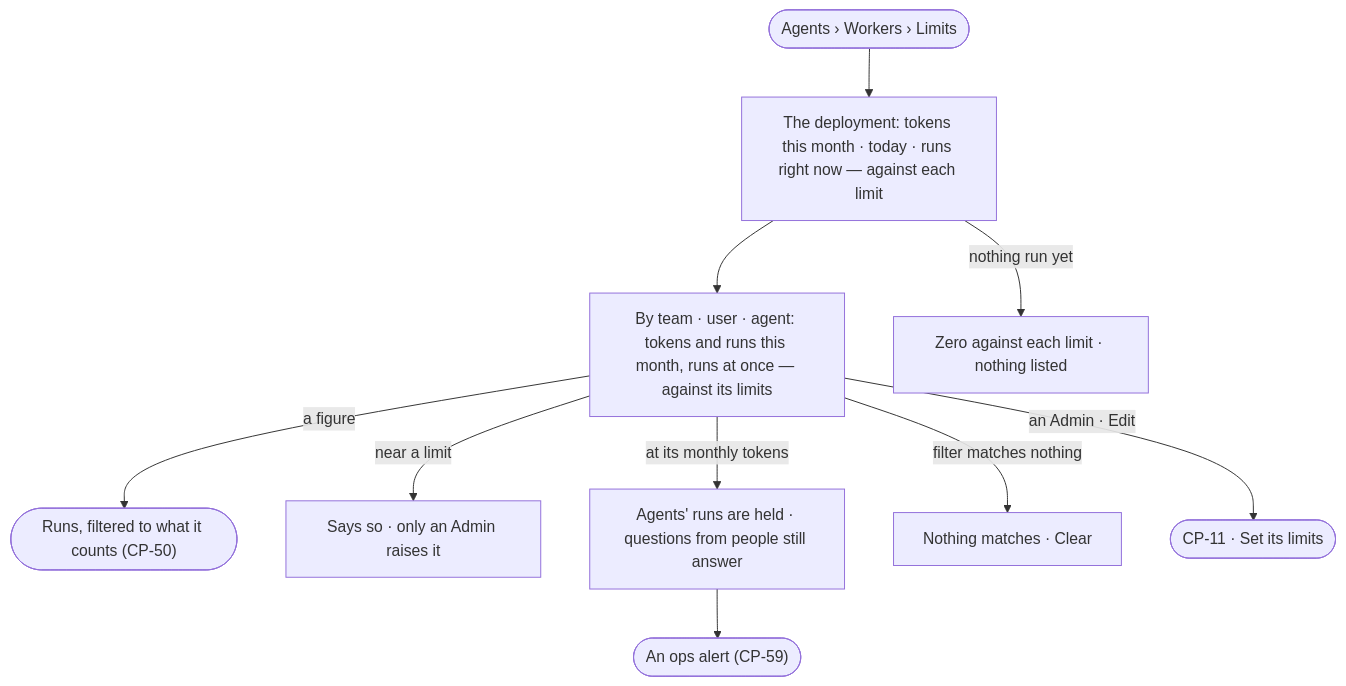
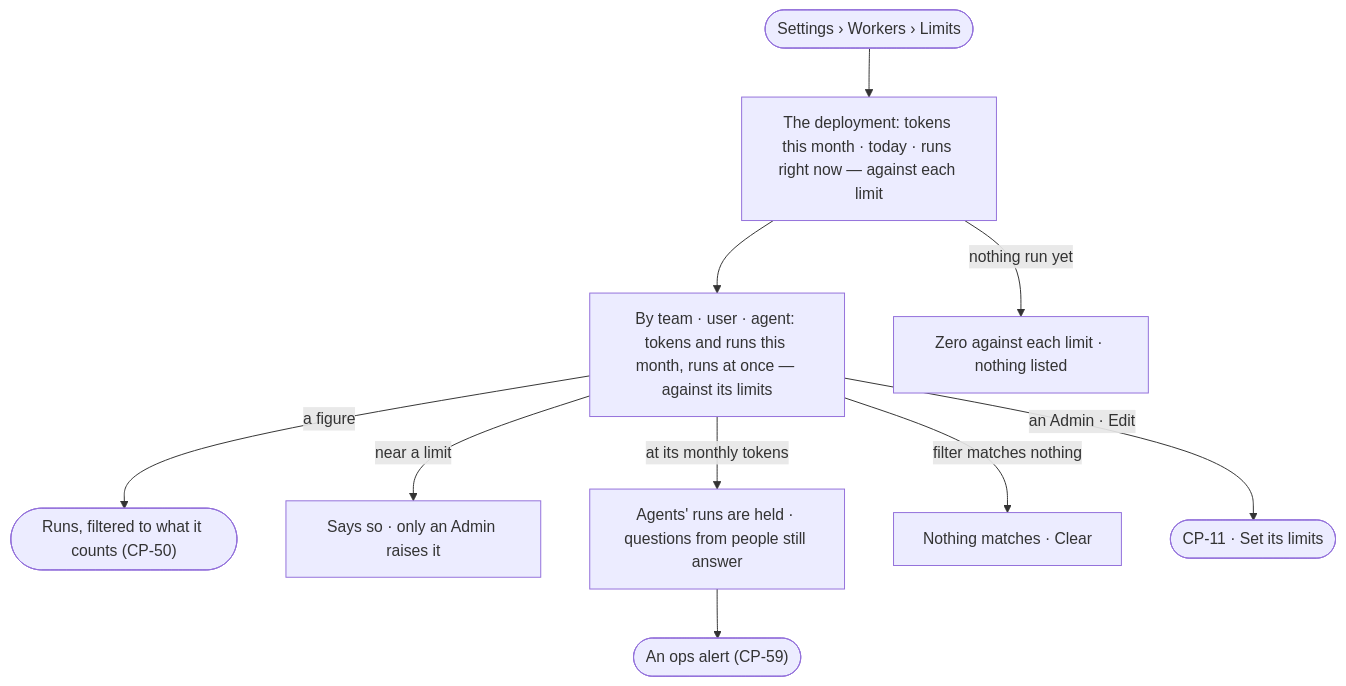
The diagram in specs/os/control/features/CP-F04-limits/stories/CP-34-read-what-each-team-user-and-agent-spends-against-its-limits/story.md (invana/invana), drawn with Mermaid before and after one commit. The commit also changed other lines of this file and 43 other files, not shown here.

First line of the commit message:
docs(specs): Agents mode keeps work; Plugins, Fleet, Workers move to Settings

````diff
--- a/specs/os/control/features/CP-F04-limits/stories/CP-34-read-what-each-team-user-and-agent-spends-against-its-limits/story.md
+++ b/specs/os/control/features/CP-F04-limits/stories/CP-34-read-what-each-team-user-and-agent-spends-against-its-limits/story.md
@@ -26,12 +26,12 @@
 ```mermaid
 flowchart TD
-  s([Agents › Workers › Limits]) --> m["The deployment: tokens this month · today · runs right now — against each limit"]
+  s([Settings › Workers › Limits]) --> m["The deployment: tokens this month · today · runs right now — against each limit"]
   m --> by["By team · user · agent: tokens and runs this month, runs at once — against its limits"]
   by -->|a figure| runs(["Runs, filtered to what it counts (CP-50)"])
   by -->|near a limit| nl["Says so · only an Admin raises it"]
   by -->|at its monthly tokens| at["Agents' runs are held · questions from people still answer"]
   at --> al(["An ops alert (CP-59)"])
   m -->|nothing run yet| z["Zero against each limit · nothing listed"]
   by -->|filter matches nothing| f["Nothing matches · Clear"]
   by -->|an Admin · Edit| lim(["CP-11 · Set its limits"])
 ```
````
